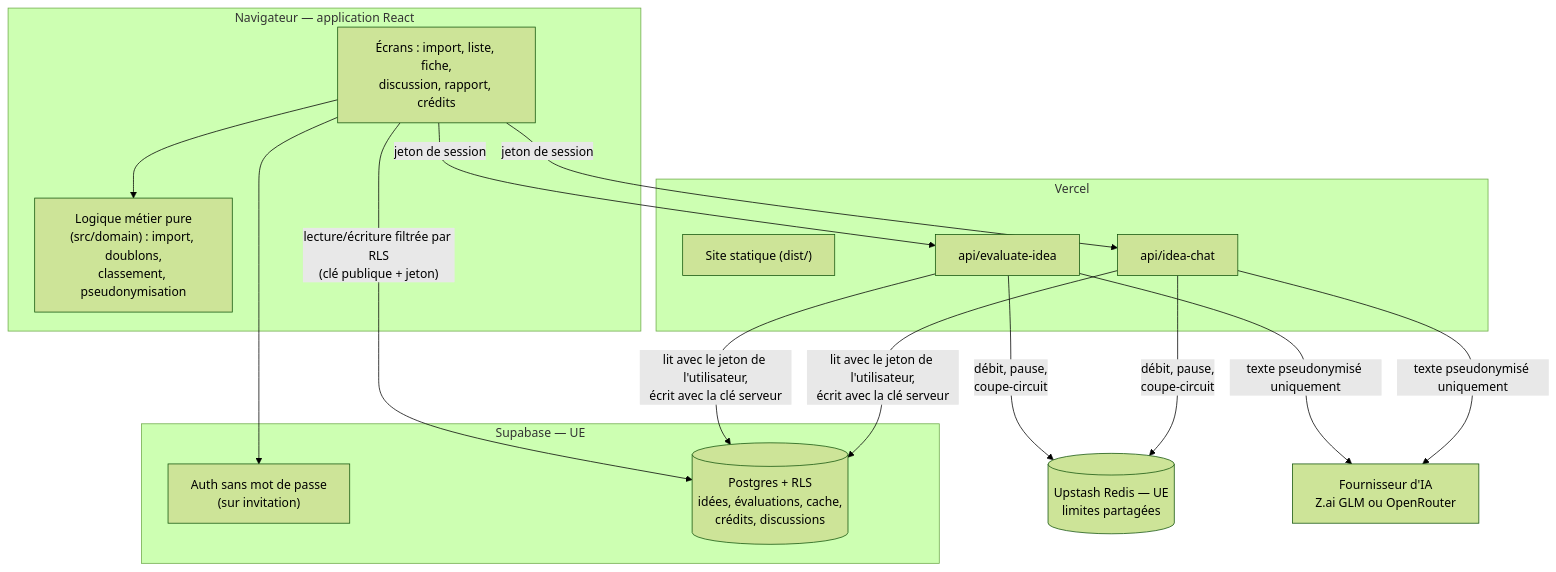
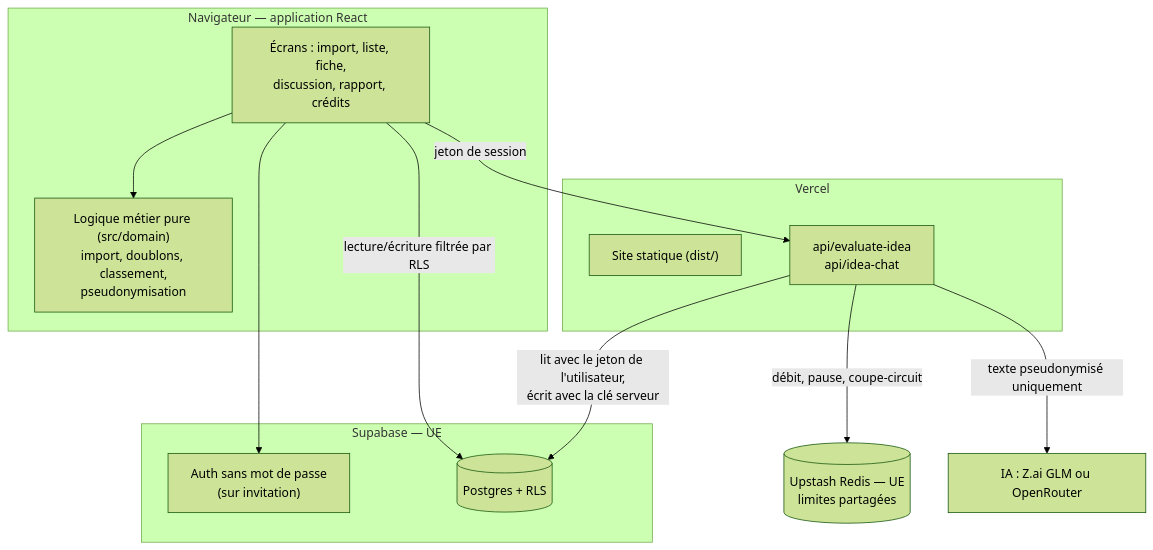
Before and after one commit to firasayari10/INSKIP-platforme-innovation: the second of 4 diagrams in README.md, drawn with Mermaid (forest theme). The commit also changed other lines of this file, not shown here.

````diff
--- a/README.md
+++ b/README.md
@@ -171,26 +133,25 @@
 ```mermaid
 flowchart TB
     subgraph Nav["Navigateur — application React"]
         UI["Écrans : import, liste, fiche,<br/>discussion, rapport, crédits"]
-        DOM["Logique métier pure<br/>(src/domain) : import, doublons,<br/>classement, pseudonymisation"]
+        DOM["Logique métier pure (src/domain)<br/>import, doublons, classement,<br/>pseudonymisation"]
     end
     subgraph Vercel["Vercel"]
         STATIC["Site statique (dist/)"]
-        API1["api/evaluate-idea"]
-        API2["api/idea-chat"]
+        API["api/evaluate-idea<br/>api/idea-chat"]
     end
     subgraph SB["Supabase — UE"]
         AUTH["Auth sans mot de passe<br/>(sur invitation)"]
-        PG[("Postgres + RLS<br/>idées, évaluations, cache,<br/>crédits, discussions")]
+        PG[("Postgres + RLS")]
     end
     RED[("Upstash Redis — UE<br/>limites partagées")]
-    LLM["Fournisseur d'IA<br/>Z.ai GLM ou OpenRouter"]
+    LLM["IA : Z.ai GLM ou OpenRouter"]
 
     UI --> DOM
-    UI -- "lecture/écriture filtrée par RLS<br/>(clé publique + jeton)" --> PG
+    UI -- "lecture/écriture filtrée par RLS" --> PG
     UI --> AUTH
-    UI -- "jeton de session" --> API1 & API2
-    API1 & API2 -- "lit avec le jeton de l'utilisateur,<br/>écrit avec la clé serveur" --> PG
-    API1 & API2 -- "débit, pause,<br/>coupe-circuit" --> RED
-    API1 & API2 -- "texte pseudonymisé uniquement" --> LLM
+    UI -- "jeton de session" --> API
+    API -- "lit avec le jeton de l'utilisateur,<br/>écrit avec la clé serveur" --> PG
+    API -- "débit, pause, coupe-circuit" --> RED
+    API -- "texte pseudonymisé uniquement" --> LLM
 ```
````
